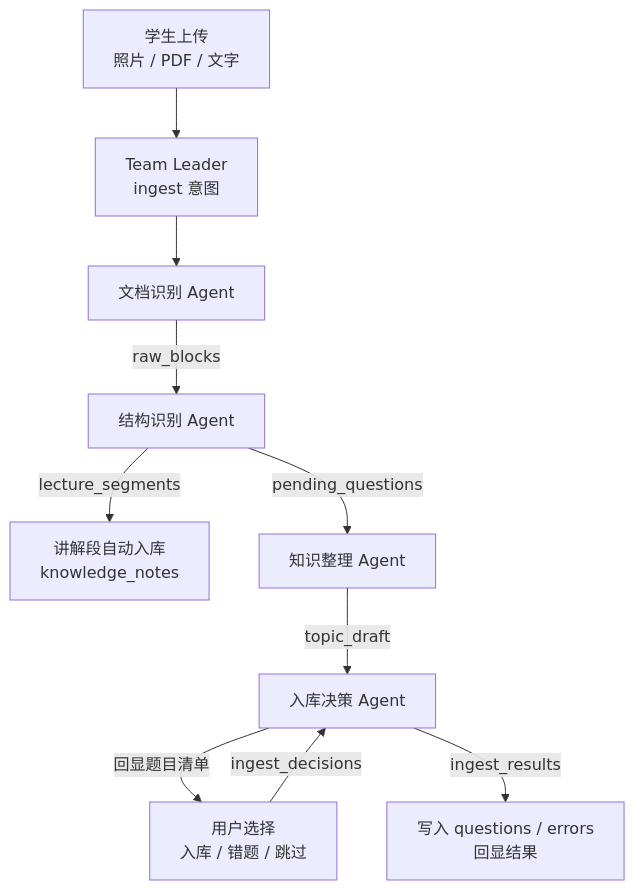
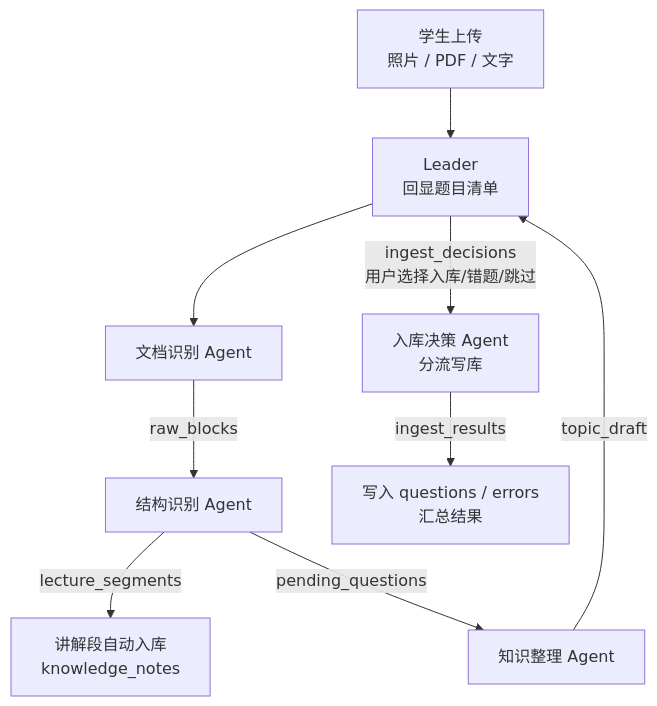
One commit to ttzc/gaokao_rag changed the second of 2 diagrams in docs/agent/README.md. Above: the diagram before and after it, drawn with Mermaid. The commit also changed other lines of this file and 6 other files, not shown here.

Commit message:
docs: 回显/对话归 Leader——入库决策 Agent 职责收敛为纯写库执行者，同步 7 处文档

````diff
--- a/docs/agent/README.md
+++ b/docs/agent/README.md
@@ -84,12 +84,11 @@
 ```mermaid
 flowchart TD
     U[学生上传<br/>照片 / PDF / 文字] --> L[Team Leader<br/>ingest 意图]
     L --> R[文档识别 Agent]
     R -->|raw_blocks| S[结构识别 Agent]
     S -->|lecture_segments| KN[讲解段自动入库<br/>knowledge_notes]
     S -->|pending_questions| K[知识整理 Agent]
-    K -->|topic_draft| D[入库决策 Agent]
-    D -->|回显题目清单| U2[用户选择<br/>入库 / 错题 / 跳过]
-    U2 -->|ingest_decisions| D
-    D -->|ingest_results| OUT[写入 questions / errors<br/>回显结果]
+    K -->|topic_draft| L[Leader<br/>回显题目清单]
+    L -->|ingest_decisions<br/>用户选择入库/错题/跳过| D[入库决策 Agent<br/>分流写库]
+    D -->|ingest_results| OUT[写入 questions / errors<br/>汇总结果]
 ```
````
